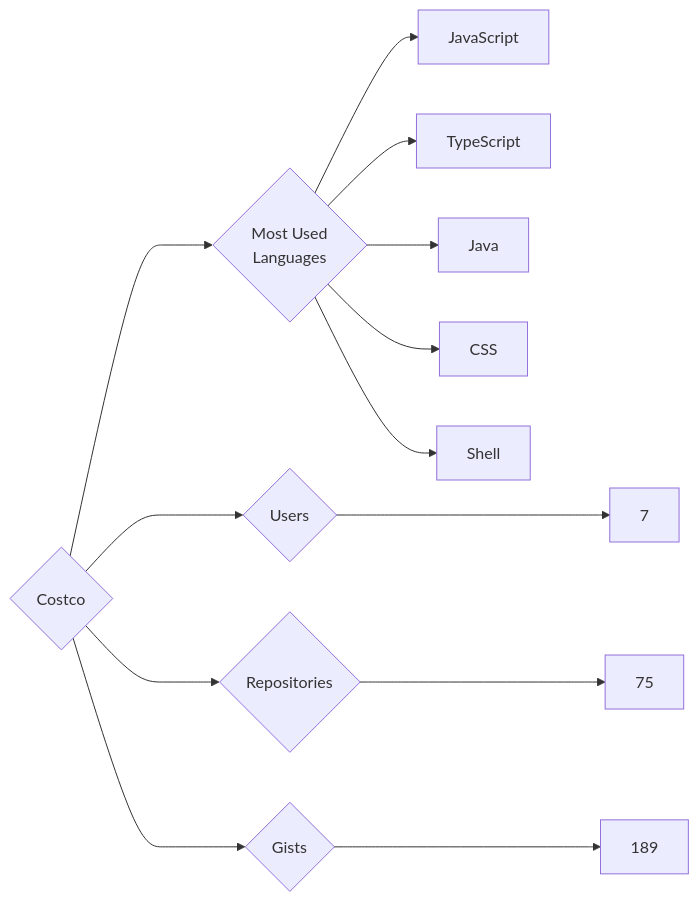
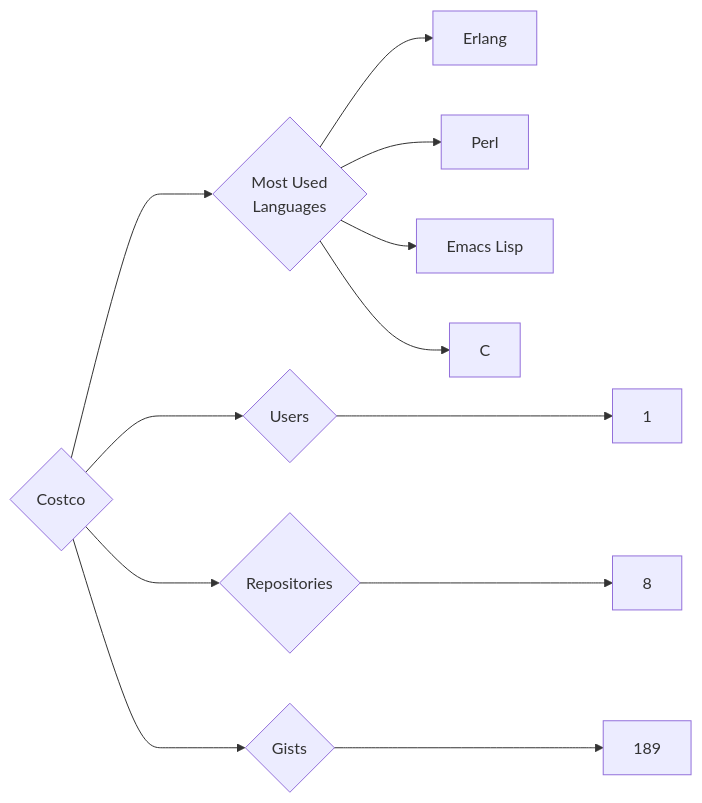
Before and after one commit to trickest/insiders: the diagram in targets/Costco/README.md, drawn with Mermaid. The commit also changed 618 other files, not shown here.

````diff
--- a/targets/Costco/README.md
+++ b/targets/Costco/README.md
@@ -3,13 +3,12 @@
 ```mermaid
 graph LR
 COMPANY_NAME{Costco}
-COMPANY_NAME ---> U{Users} ---> UN[7]
-COMPANY_NAME ---> R{Repositories} ---> RN[75]
+COMPANY_NAME ---> U{Users} ---> UN[1]
+COMPANY_NAME ---> R{Repositories} ---> RN[8]
 COMPANY_NAME ---> G{Gists} ---> GN[189]
 COMPANY_NAME ---> ML{Most Used<br>Languages}
-ML --> JavaScript[JavaScript]
-ML --> TypeScript[TypeScript]
-ML --> Java[Java]
-ML --> CSS[CSS]
-ML --> Shell[Shell]
+ML --> Erlang[Erlang]
+ML --> Perl[Perl]
+ML --> Emacs_Lisp[Emacs Lisp]
+ML --> C[C]
 ```
````
